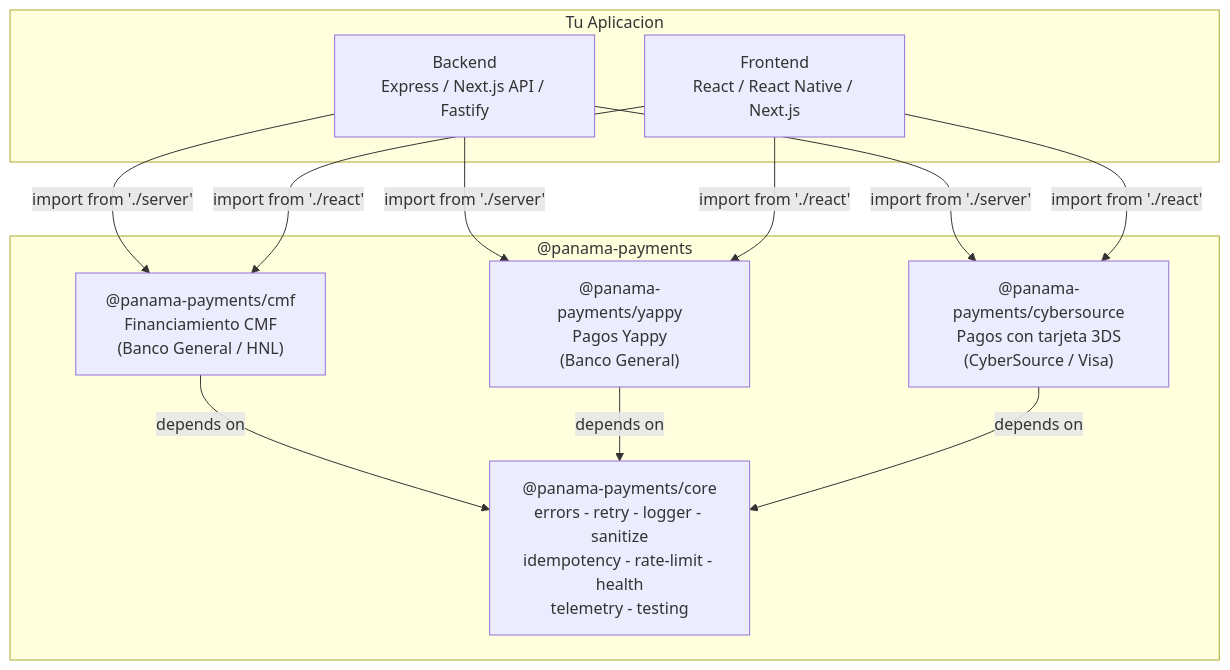
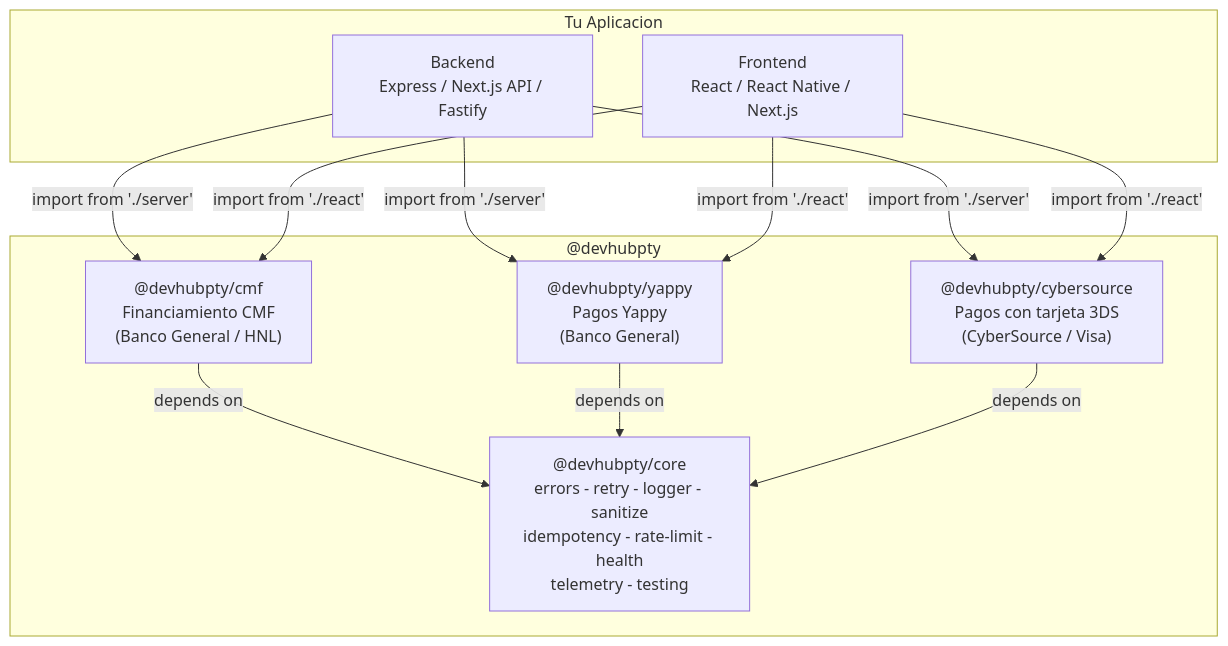
Before and after one commit to captainsparrow10/panama-payment-methos: the first of 3 diagrams in README.md, drawn with Mermaid. The commit also changed other lines of this file and 87 other files, not shown here.

````diff
--- a/README.md
+++ b/README.md
@@ -9,25 +9,25 @@
 ```mermaid
 graph TD
-    subgraph "@panama-payments"
-        CORE["@panama-payments/core\nerrors - retry - logger - sanitize\nidempotency - rate-limit - health\ntelemetry - testing"]
-        CMF["@panama-payments/cmf\nFinanciamiento CMF\n(Banco General / HNL)"]
-        YAPPY["@panama-payments/yappy\nPagos Yappy\n(Banco General)"]
-        CYBER["@panama-payments/cybersource\nPagos con tarjeta 3DS\n(CyberSource / Visa)"]
+    subgraph "@devhubpty"
+        CORE["@devhubpty/core\nerrors - retry - logger - sanitize\nidempotency - rate-limit - health\ntelemetry - testing"]
+        CMF["@devhubpty/cmf\nFinanciamiento CMF\n(Banco General / HNL)"]
+        YAPPY["@devhubpty/yappy\nPagos Yappy\n(Banco General)"]
+        CYBER["@devhubpty/cybersource\nPagos con tarjeta 3DS\n(CyberSource / Visa)"]
     end
 
     CMF -->|depends on| CORE
     YAPPY -->|depends on| CORE
     CYBER -->|depends on| CORE
 
     subgraph "Tu Aplicacion"
         BE["Backend\nExpress / Next.js API / Fastify"]
         FE["Frontend\nReact / React Native / Next.js"]
     end
 
     BE -->|"import from './server'"| CMF
     BE -->|"import from './server'"| YAPPY
     BE -->|"import from './server'"| CYBER
     FE -->|"import from './react'"| CMF
     FE -->|"import from './react'"| YAPPY
     FE -->|"import from './react'"| CYBER
 ```
````
